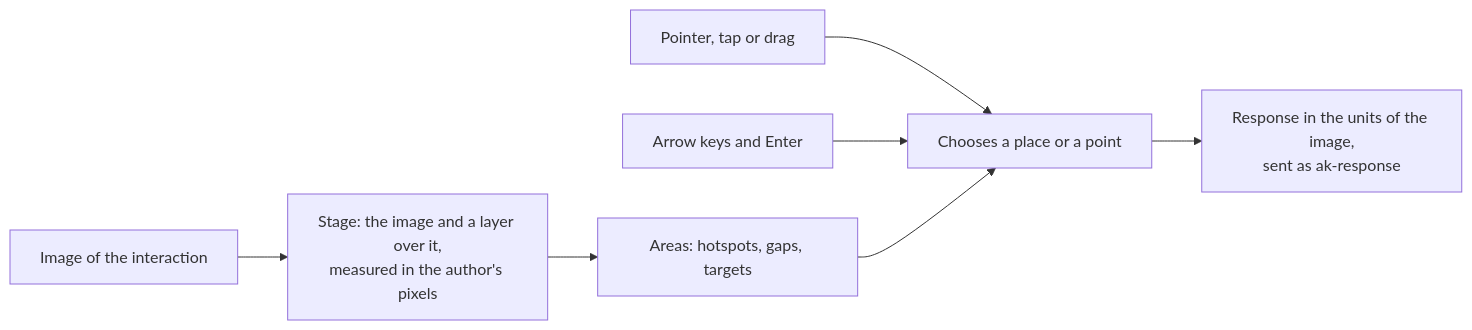
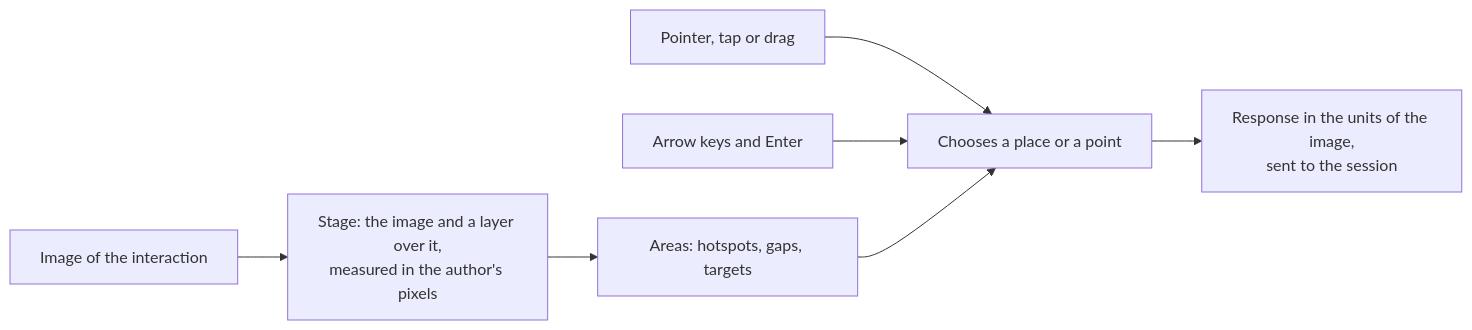
The diagram in docs/player/graphics.md (assesskit/assesskit), drawn with Mermaid before and after one commit. The commit also changed other lines of this file and 45 other files, not shown here.

````diff
--- a/docs/player/graphics.md
+++ b/docs/player/graphics.md
@@ -13,9 +13,9 @@
 ```mermaid
 flowchart LR
   image["Image of the interaction"] --> stage["Stage: the image and a layer over it,<br/>measured in the author's pixels"]
   stage --> areas["Areas: hotspots, gaps, targets"]
   pointer["Pointer, tap or drag"] --> pick["Chooses a place or a point"]
   keyboard["Arrow keys and Enter"] --> pick
   areas --> pick
-  pick --> response["Response in the units of the image,<br/>sent as ak-response"]
+  pick --> response["Response in the units of the image,<br/>sent to the session"]
 ```
````
